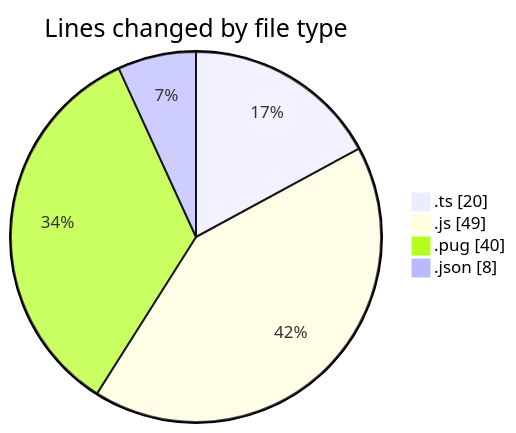
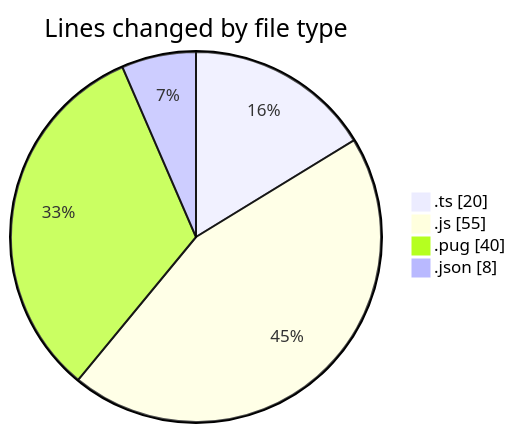
The first of 2 diagrams in 2025-02-25/cda/README.md (momahboobian/code-tracking), drawn with Mermaid before and after one commit. The commit also changed other lines of this file and 1 other file, not shown here.

````diff
--- a/2025-02-25/cda/README.md
+++ b/2025-02-25/cda/README.md
@@ -25,8 +25,8 @@
 ```mermaid
 pie showData
 title Lines changed by file type
 ".ts" : 20
-".js" : 49
+".js" : 55
 ".pug" : 40
 ".json" : 8
 ```
````
